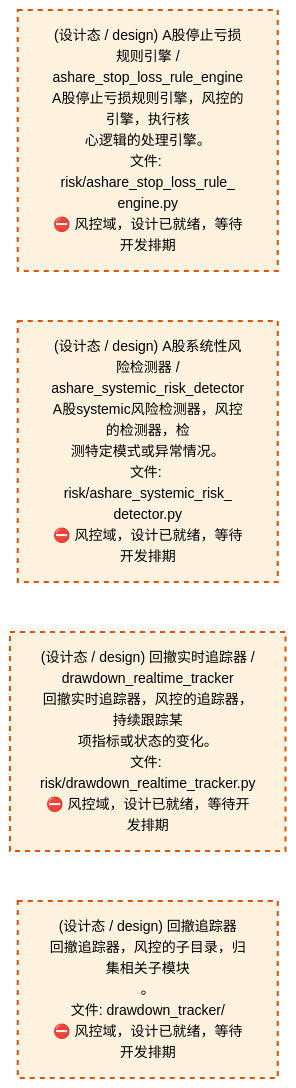
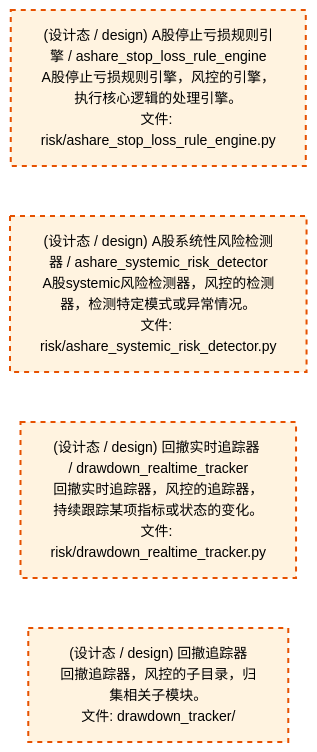
Before and after one commit to xuanFelixVan/ZephyrAlpha: the third of 4 diagrams in docs/02_enterprise_architecture/02_domain_architecture_docs/65_d_risk.md, drawn with Mermaid. The commit also changed other lines of this file and 71 other files, not shown here.

````diff
--- a/docs/02_enterprise_architecture/02_domain_architecture_docs/65_d_risk.md
+++ b/docs/02_enterprise_architecture/02_domain_architecture_docs/65_d_risk.md
@@ -181,16 +181,16 @@
 ```mermaid
 %%{init: {'theme': 'base', 'themeVariables': {'primaryColor': '#eaeaea', 'primaryTextColor': '#333333', 'primaryBorderColor': '#666666', 'lineColor': '#666666', 'secondaryColor': '#eaeaea', 'tertiaryColor': '#eaeaea', 'fontSize': '14px'}}}%%
 flowchart TD
-    src_zephyr_risk_ashare_stop_loss_rule_engine_py["(设计态 / design) A股停止亏损规则引擎 /<br/>ashare_stop_loss_rule_engine<br/>A股停止亏损规则引擎，风控的引擎，执行核<br/>心逻辑的处理引擎。<br/>文件: risk/ashare_stop_loss_rule_<br/>engine.py<br/>⛔ 风控域，设计已就绪，等待开发排期"]
-    src_zephyr_risk_ashare_systemic_risk_detector_py["(设计态 / design) A股系统性风险检测器 /<br/>ashare_systemic_risk_detector<br/>A股systemic风险检测器，风控的检测器，检<br/>测特定模式或异常情况。<br/>文件: risk/ashare_systemic_risk_<br/>detector.py<br/>⛔ 风控域，设计已就绪，等待开发排期"]
-    src_zephyr_risk_drawdown_realtime_tracker_py["(设计态 / design) 回撤实时追踪器 /<br/>drawdown_realtime_tracker<br/>回撤实时追踪器，风控的追踪器，持续跟踪某<br/>项指标或状态的变化。<br/>文件: risk/drawdown_realtime_tracker.py<br/>⛔ 风控域，设计已就绪，等待开发排期"]
-    src_zephyr_risk_drawdown_tracker["(设计态 / design) 回撤追踪器<br/>回撤追踪器，风控的子目录，归集相关子模块<br/>。<br/>文件: drawdown_tracker/<br/>⛔ 风控域，设计已就绪，等待开发排期"]
+    src_zephyr_risk_ashare_stop_loss_rule_engine_py["(设计态 / design) A股停止亏损规则引擎 / ashare_stop_loss_rule_engine<br/>A股停止亏损规则引擎，风控的引擎，执行核心逻辑的处理引擎。<br/>文件: risk/ashare_stop_loss_rule_engine.py"]
+    src_zephyr_risk_ashare_systemic_risk_detector_py["(设计态 / design) A股系统性风险检测器 / ashare_systemic_risk_detector<br/>A股systemic风险检测器，风控的检测器，检测特定模式或异常情况。<br/>文件: risk/ashare_systemic_risk_detector.py"]
+    src_zephyr_risk_drawdown_realtime_tracker_py["(设计态 / design) 回撤实时追踪器 / drawdown_realtime_tracker<br/>回撤实时追踪器，风控的追踪器，持续跟踪某项指标或状态的变化。<br/>文件: risk/drawdown_realtime_tracker.py"]
+    src_zephyr_risk_drawdown_tracker["(设计态 / design) 回撤追踪器<br/>回撤追踪器，风控的子目录，归集相关子模块。<br/>文件: drawdown_tracker/"]
     src_zephyr_risk_ashare_stop_loss_rule_engine_py ~~~ src_zephyr_risk_ashare_systemic_risk_detector_py
     src_zephyr_risk_ashare_systemic_risk_detector_py ~~~ src_zephyr_risk_drawdown_realtime_tracker_py
     src_zephyr_risk_drawdown_realtime_tracker_py ~~~ src_zephyr_risk_drawdown_tracker
     classDef production fill:#e1f5fe,stroke:#01579b,stroke-width:2px,color:#000
     classDef design fill:#fff3e0,stroke:#e65100,stroke-width:2px,color:#000,stroke-dasharray: 5 5
     classDef external_prod fill:#e8f4fd,stroke:#0277bd,stroke-width:1px,color:#000
     classDef external_design fill:#fff8e7,stroke:#ef6c00,stroke-width:1px,color:#000,stroke-dasharray: 5 5
     class src_zephyr_risk_ashare_stop_loss_rule_engine_py,src_zephyr_risk_ashare_systemic_risk_detector_py,src_zephyr_risk_drawdown_realtime_tracker_py,src_zephyr_risk_drawdown_tracker design
 ```
````
